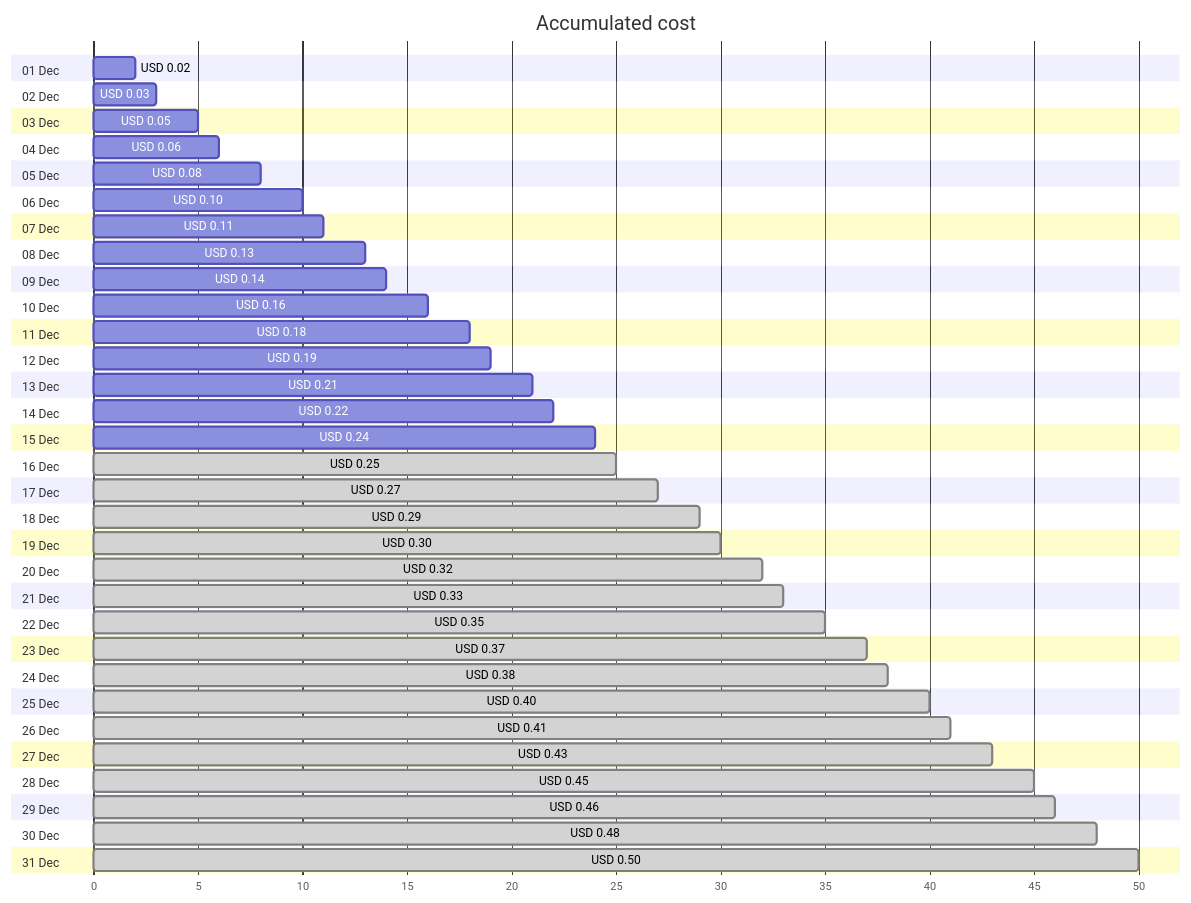
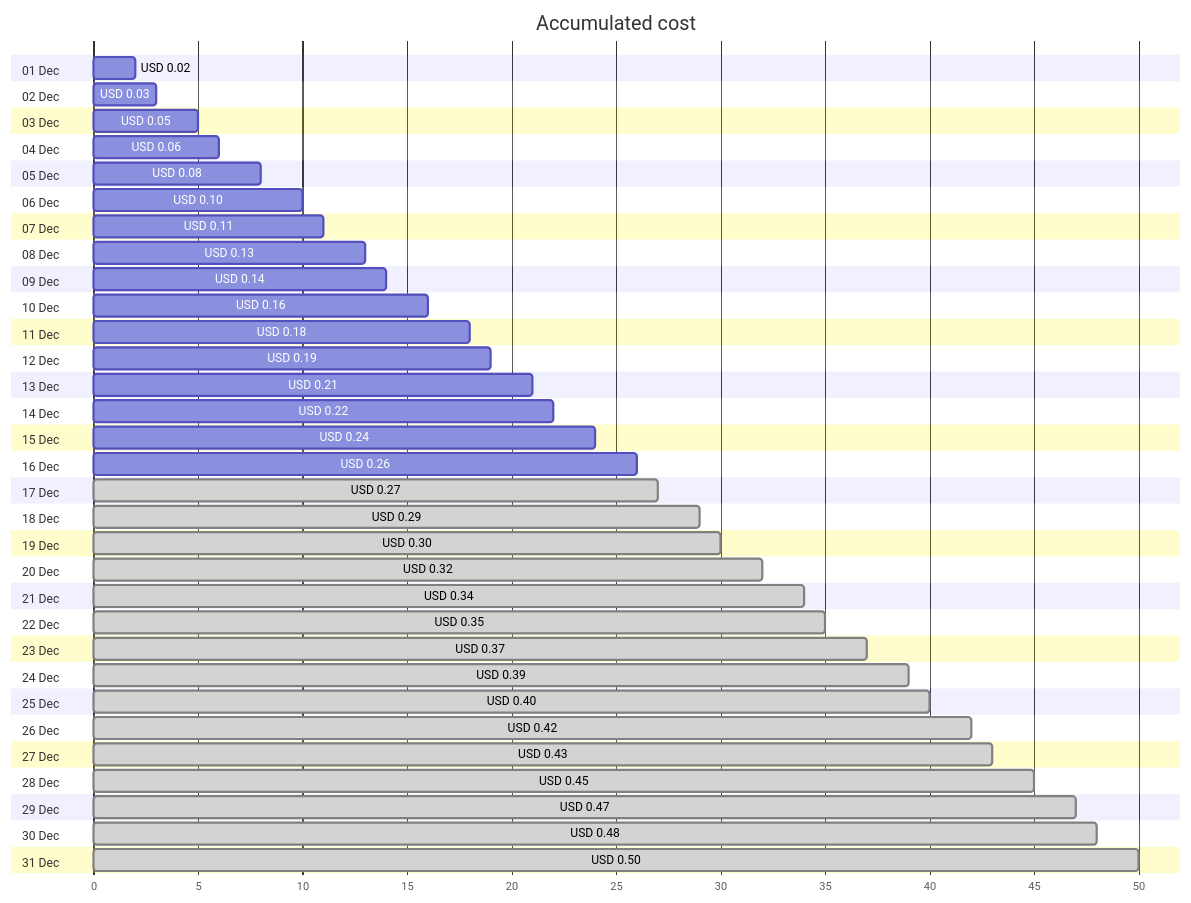
The first of 4 diagrams in cost-reports/personal-network/private.jpatrickfulton.com.md (jpfulton/azure-personal-reports), drawn with Mermaid before and after one commit. The commit also changed other lines of this file and 8 other files, not shown here.

````diff
--- a/cost-reports/personal-network/private.jpatrickfulton.com.md
+++ b/cost-reports/personal-network/private.jpatrickfulton.com.md
@@ -20,68 +20,68 @@
 ```mermaid
 gantt
    title Accumulated cost
    dateFormat  X
    axisFormat %s
    section 01 Dec
    USD 0.02 :0, 2
    section 02 Dec
    USD 0.03 :0, 3
    section 03 Dec
    USD 0.05 :0, 5
    section 04 Dec
    USD 0.06 :0, 6
    section 05 Dec
    USD 0.08 :0, 8
    section 06 Dec
    USD 0.10 :0, 10
    section 07 Dec
    USD 0.11 :0, 11
    section 08 Dec
    USD 0.13 :0, 13
    section 09 Dec
    USD 0.14 :0, 14
    section 10 Dec
    USD 0.16 :0, 16
    section 11 Dec
    USD 0.18 :0, 18
    section 12 Dec
    USD 0.19 :0, 19
    section 13 Dec
    USD 0.21 :0, 21
    section 14 Dec
    USD 0.22 :0, 22
    section 15 Dec
    USD 0.24 :0, 24
    section 16 Dec
-   USD 0.25 : done, 0, 25
+   USD 0.26 :0, 26
    section 17 Dec
    USD 0.27 : done, 0, 27
    section 18 Dec
    USD 0.29 : done, 0, 29
    section 19 Dec
    USD 0.30 : done, 0, 30
    section 20 Dec
    USD 0.32 : done, 0, 32
    section 21 Dec
-   USD 0.33 : done, 0, 33
+   USD 0.34 : done, 0, 34
    section 22 Dec
    USD 0.35 : done, 0, 35
    section 23 Dec
    USD 0.37 : done, 0, 37
    section 24 Dec
-   USD 0.38 : done, 0, 38
+   USD 0.39 : done, 0, 39
    section 25 Dec
    USD 0.40 : done, 0, 40
    section 26 Dec
-   USD 0.41 : done, 0, 41
+   USD 0.42 : done, 0, 42
    section 27 Dec
    USD 0.43 : done, 0, 43
    section 28 Dec
    USD 0.45 : done, 0, 45
    section 29 Dec
-   USD 0.46 : done, 0, 46
+   USD 0.47 : done, 0, 47
    section 30 Dec
    USD 0.48 : done, 0, 48
    section 31 Dec
    USD 0.50 : done, 0, 50
 ```
````
